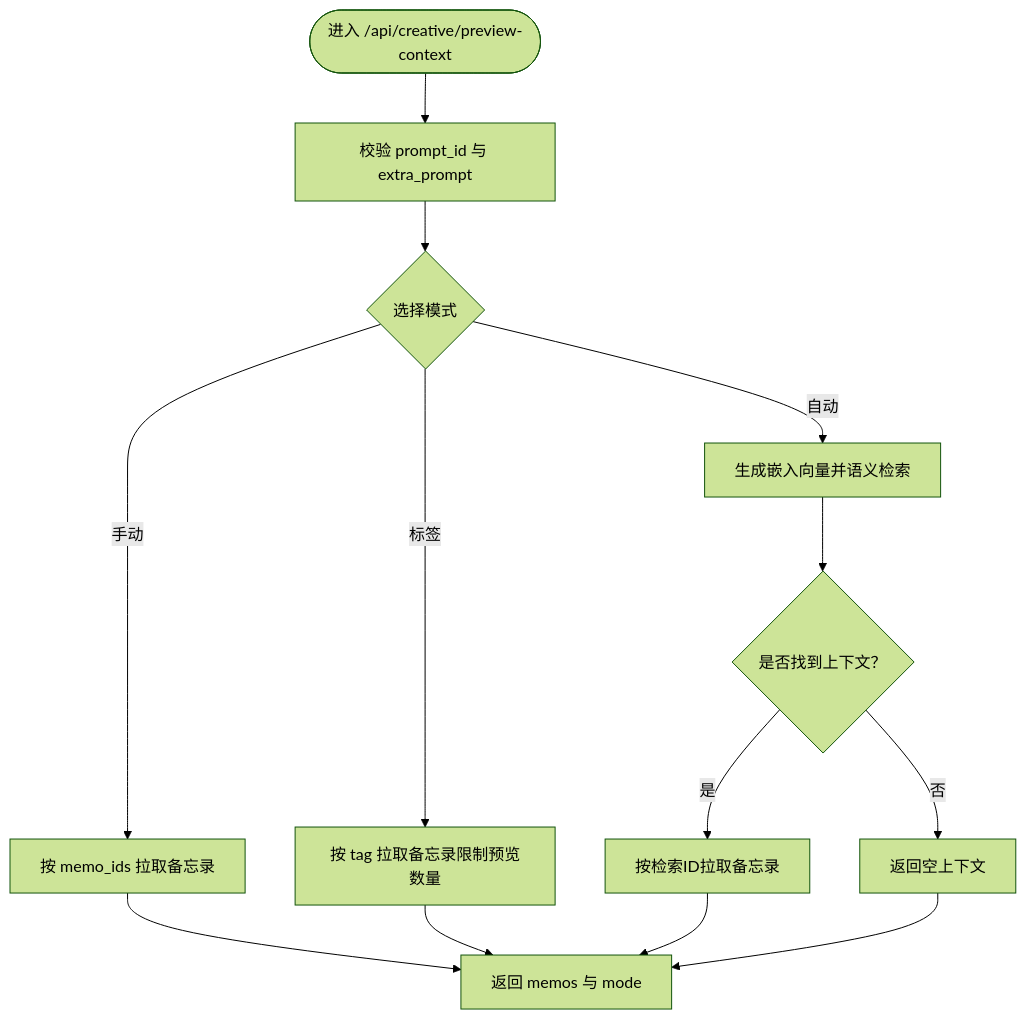
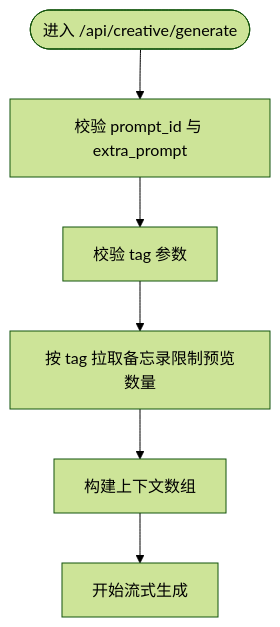
The third of 5 diagrams in .qoder/repowiki/zh/content/API参考文档/创意写作API.md (BlackBoxRecorder/memos), drawn with Mermaid (forest theme) before and after one commit. The commit also changed other lines of this file and 7 other files, not shown here.

First line of the commit message:
refactor(api-creative): 简化创意写作API流程，移除预览上下文功能

````diff
--- a/.qoder/repowiki/zh/content/API参考文档/创意写作API.md
+++ b/.qoder/repowiki/zh/content/API参考文档/创意写作API.md
@@ -201,15 +185,8 @@
 ```mermaid
 flowchart TD
-Start(["进入 /api/creative/preview-context"]) --> CheckPrompt["校验 prompt_id 与 extra_prompt"]
-CheckPrompt --> Mode{"选择模式"}
-Mode --> |手动| FetchManual["按 memo_ids 拉取备忘录"]
-Mode --> |标签| FetchTag["按 tag 拉取备忘录限制预览数量"]
-Mode --> |自动| Embed["生成嵌入向量并语义检索"]
-FetchManual --> Done["返回 memos 与 mode"]
-FetchTag --> Done
-Embed --> Found{"是否找到上下文？"}
-Found --> |是| FetchIds["按检索ID拉取备忘录"]
-Found --> |否| Empty["返回空上下文"]
-FetchIds --> Done
-Empty --> Done
+Start(["进入 /api/creative/generate"]) --> CheckPrompt["校验 prompt_id 与 extra_prompt"]
+CheckPrompt --> CheckTag["校验 tag 参数"]
+CheckTag --> FetchTag["按 tag 拉取备忘录限制预览数量"]
+FetchTag --> BuildContext["构建上下文数组"]
+BuildContext --> Done["开始流式生成"]
 ```
````
